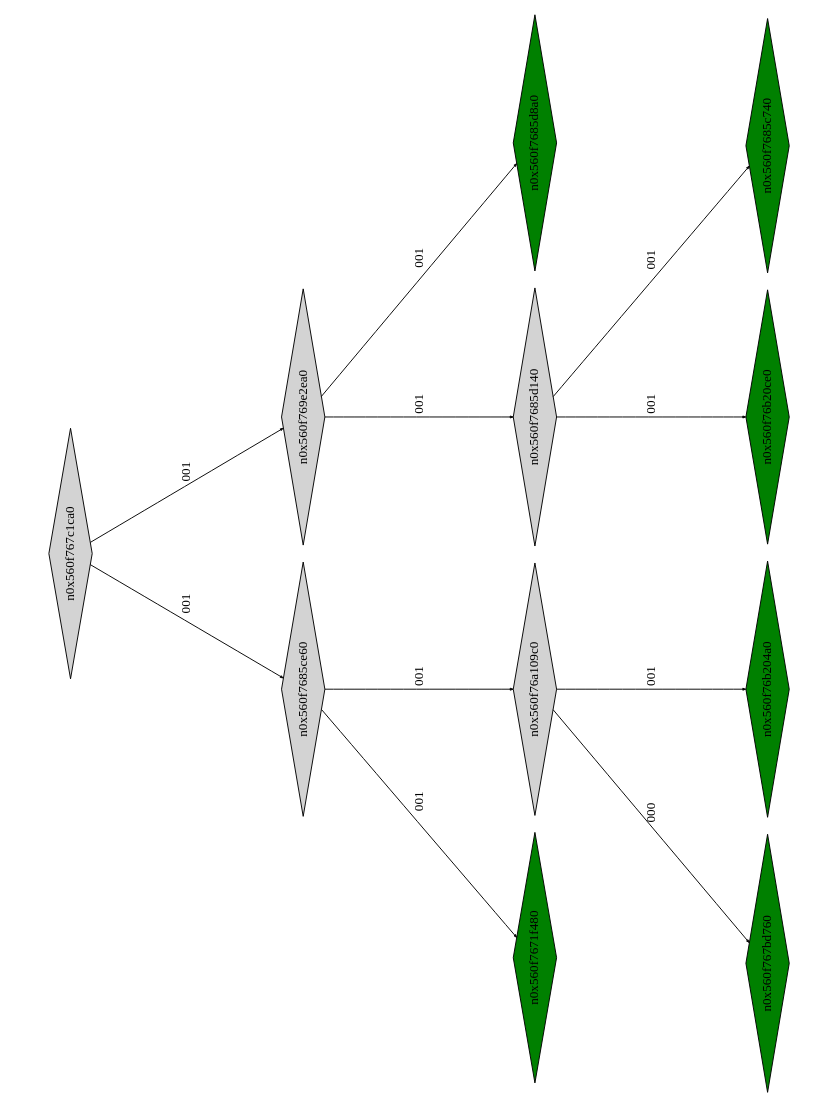
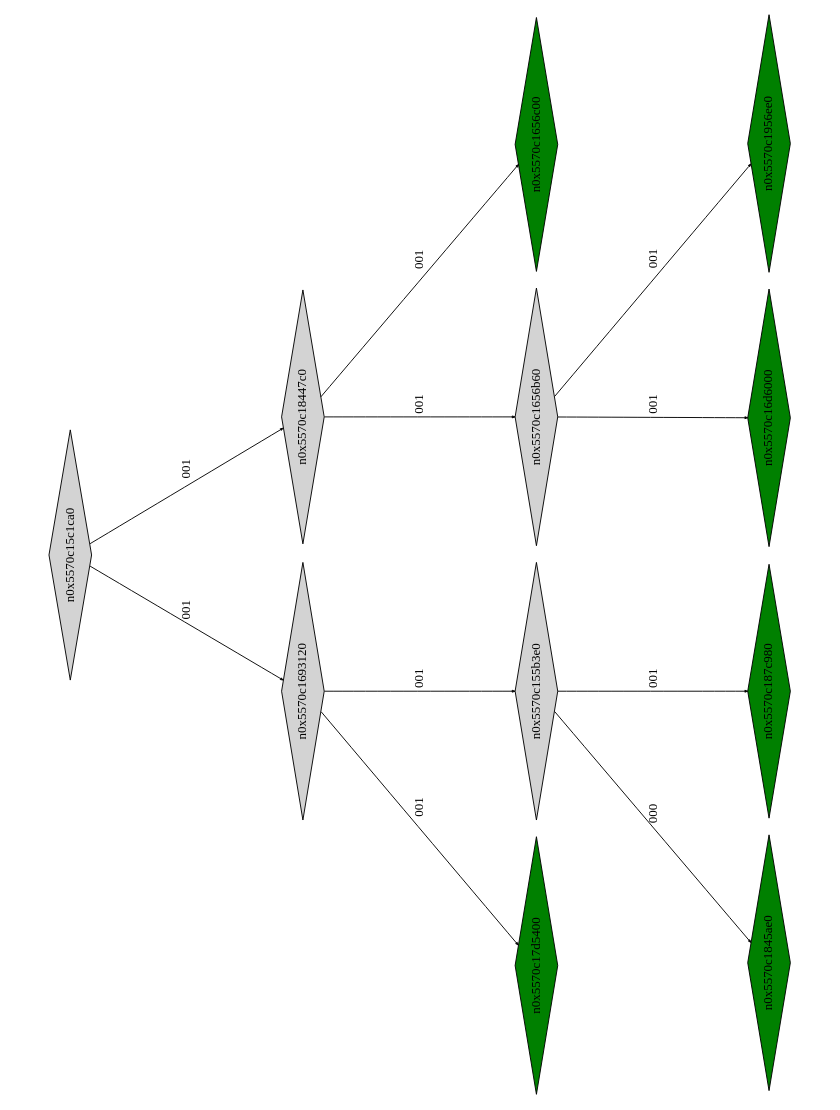
The diagram in montyhall_klee_out/ptree_00001052.dot (Research-Tools-PAVT/PSE-Program-Examples), drawn with Graphviz before and after one commit. The commit also changed 38 other files, not shown here.

```diff
--- a/montyhall_klee_out/ptree_00001052.dot
+++ b/montyhall_klee_out/ptree_00001052.dot
@@ -1,29 +1,29 @@
 digraph G {
 	size="10,7.5";
 	ratio=fill;
 	rotate=90;
 	center = "true";
 	node [style="filled",width=.1,height=.1,fontname="Terminus"]
 	edge [arrowsize=.3]
-	n0x560f767c1ca0 [shape=diamond];
-	n0x560f767c1ca0 -> n0x560f7685ce60 [label=001];
-	n0x560f767c1ca0 -> n0x560f769e2ea0 [label=001];
-	n0x560f769e2ea0 [shape=diamond];
-	n0x560f769e2ea0 -> n0x560f7685d140 [label=001];
-	n0x560f769e2ea0 -> n0x560f7685d8a0 [label=001];
-	n0x560f7685d8a0 [shape=diamond,fillcolor=green];
-	n0x560f7685d140 [shape=diamond];
-	n0x560f7685d140 -> n0x560f76b20ce0 [label=001];
-	n0x560f7685d140 -> n0x560f7685c740 [label=001];
-	n0x560f7685c740 [shape=diamond,fillcolor=green];
-	n0x560f76b20ce0 [shape=diamond,fillcolor=green];
-	n0x560f7685ce60 [shape=diamond];
-	n0x560f7685ce60 -> n0x560f7671f480 [label=001];
-	n0x560f7685ce60 -> n0x560f76a109c0 [label=001];
-	n0x560f76a109c0 [shape=diamond];
-	n0x560f76a109c0 -> n0x560f767bd760 [label=000];
-	n0x560f76a109c0 -> n0x560f76b204a0 [label=001];
-	n0x560f76b204a0 [shape=diamond,fillcolor=green];
-	n0x560f767bd760 [shape=diamond,fillcolor=green];
-	n0x560f7671f480 [shape=diamond,fillcolor=green];
+	n0x5570c15c1ca0 [shape=diamond];
+	n0x5570c15c1ca0 -> n0x5570c1693120 [label=001];
+	n0x5570c15c1ca0 -> n0x5570c18447c0 [label=001];
+	n0x5570c18447c0 [shape=diamond];
+	n0x5570c18447c0 -> n0x5570c1656b60 [label=001];
+	n0x5570c18447c0 -> n0x5570c1656c00 [label=001];
+	n0x5570c1656c00 [shape=diamond,fillcolor=green];
+	n0x5570c1656b60 [shape=diamond];
+	n0x5570c1656b60 -> n0x5570c16d6000 [label=001];
+	n0x5570c1656b60 -> n0x5570c1956ee0 [label=001];
+	n0x5570c1956ee0 [shape=diamond,fillcolor=green];
+	n0x5570c16d6000 [shape=diamond,fillcolor=green];
+	n0x5570c1693120 [shape=diamond];
+	n0x5570c1693120 -> n0x5570c17d5400 [label=001];
+	n0x5570c1693120 -> n0x5570c155b3e0 [label=001];
+	n0x5570c155b3e0 [shape=diamond];
+	n0x5570c155b3e0 -> n0x5570c1845ae0 [label=000];
+	n0x5570c155b3e0 -> n0x5570c187c980 [label=001];
+	n0x5570c187c980 [shape=diamond,fillcolor=green];
+	n0x5570c1845ae0 [shape=diamond,fillcolor=green];
+	n0x5570c17d5400 [shape=diamond,fillcolor=green];
 }
```
